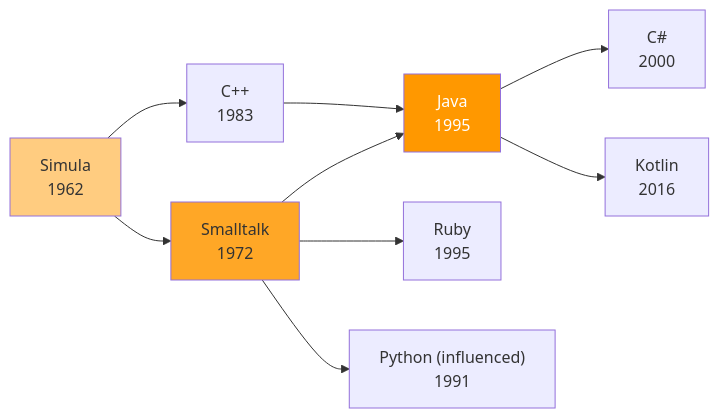
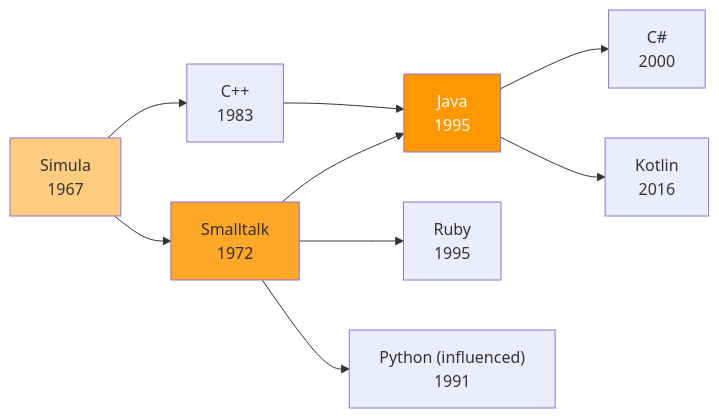
Before and after one commit to akardapolov/software-atlas: the third of 6 diagrams in docs/maps/languages-genealogy.md, drawn with Mermaid. The commit also changed other lines of this file and 5 other files, not shown here.

Commit message:
fix: update OOP history timeline data

````diff
--- a/docs/maps/languages-genealogy.md
+++ b/docs/maps/languages-genealogy.md
@@ -130,15 +131,15 @@
 ```mermaid
 flowchart LR
-    Simula["Simula<br/>1962"] --> Smalltalk["Smalltalk<br/>1972"]
+    Simula["Simula<br/>1967"] --> Smalltalk["Smalltalk<br/>1972"]
     Simula --> Cpp["C++<br/>1983"]
     Smalltalk --> Java["Java<br/>1995"]
     Smalltalk --> Ruby["Ruby<br/>1995"]
     Smalltalk --> Python["Python (influenced)<br/>1991"]
     Cpp --> Java
     Java --> CSharp["C#<br/>2000"]
     Java --> Kotlin["Kotlin<br/>2016"]
 
     style Simula fill:#ffcc80
     style Smalltalk fill:#ffa726
     style Java fill:#ff9800,color:#fff
 ```
````
